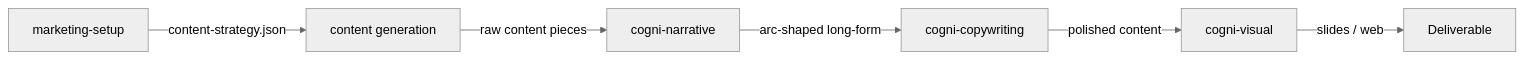
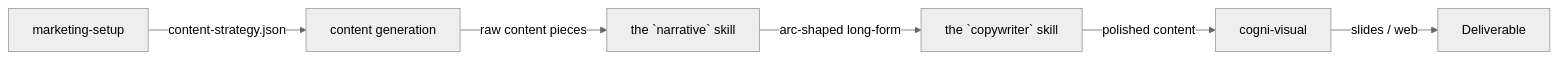
Before and after one commit to cogni-work/cogni-works: the diagram in docs/workflows/content-pipeline.md, drawn with Mermaid (neutral theme). The commit also changed other lines of this file and 86 other files, not shown here.

````diff
--- a/docs/workflows/content-pipeline.md
+++ b/docs/workflows/content-pipeline.md
@@ -7,8 +7,8 @@
 ```mermaid
 graph LR
     A[marketing-setup] -->|content-strategy.json| B[content generation]
-    B -->|raw content pieces| N[cogni-narrative]
-    N -->|arc-shaped long-form| C[cogni-copywriting]
+    B -->|raw content pieces| N[the `narrative` skill]
+    N -->|arc-shaped long-form| C[the `copywriter` skill]
     C -->|polished content| D[cogni-visual]
     D -->|slides / web| E[Deliverable]
 ```
````
